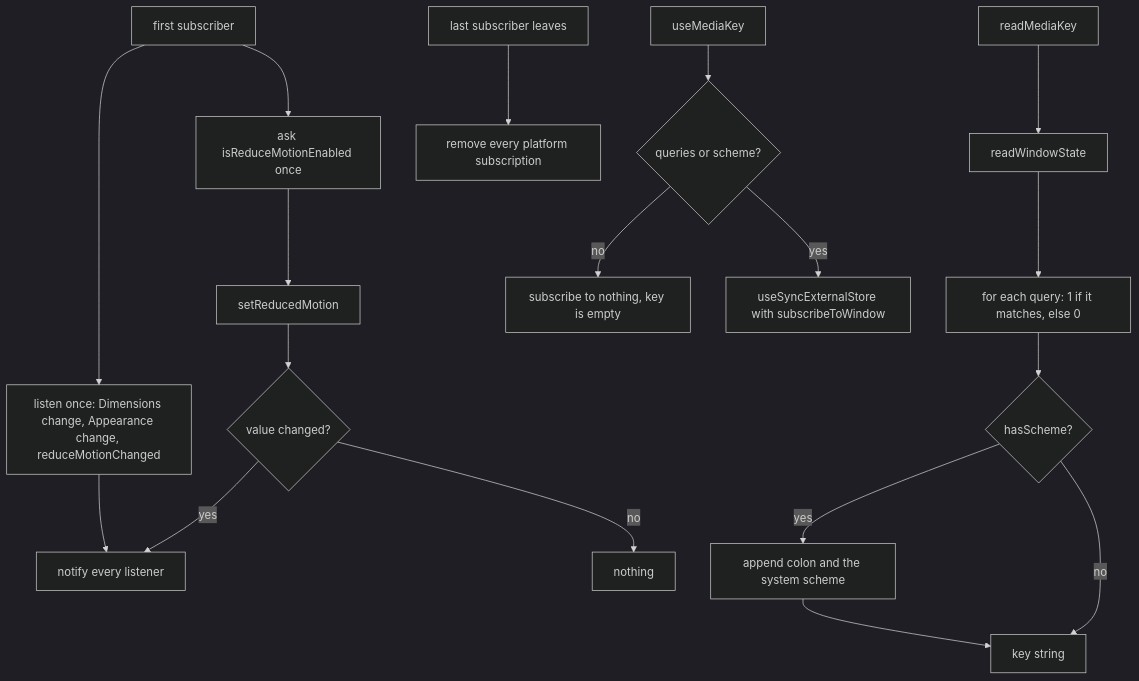
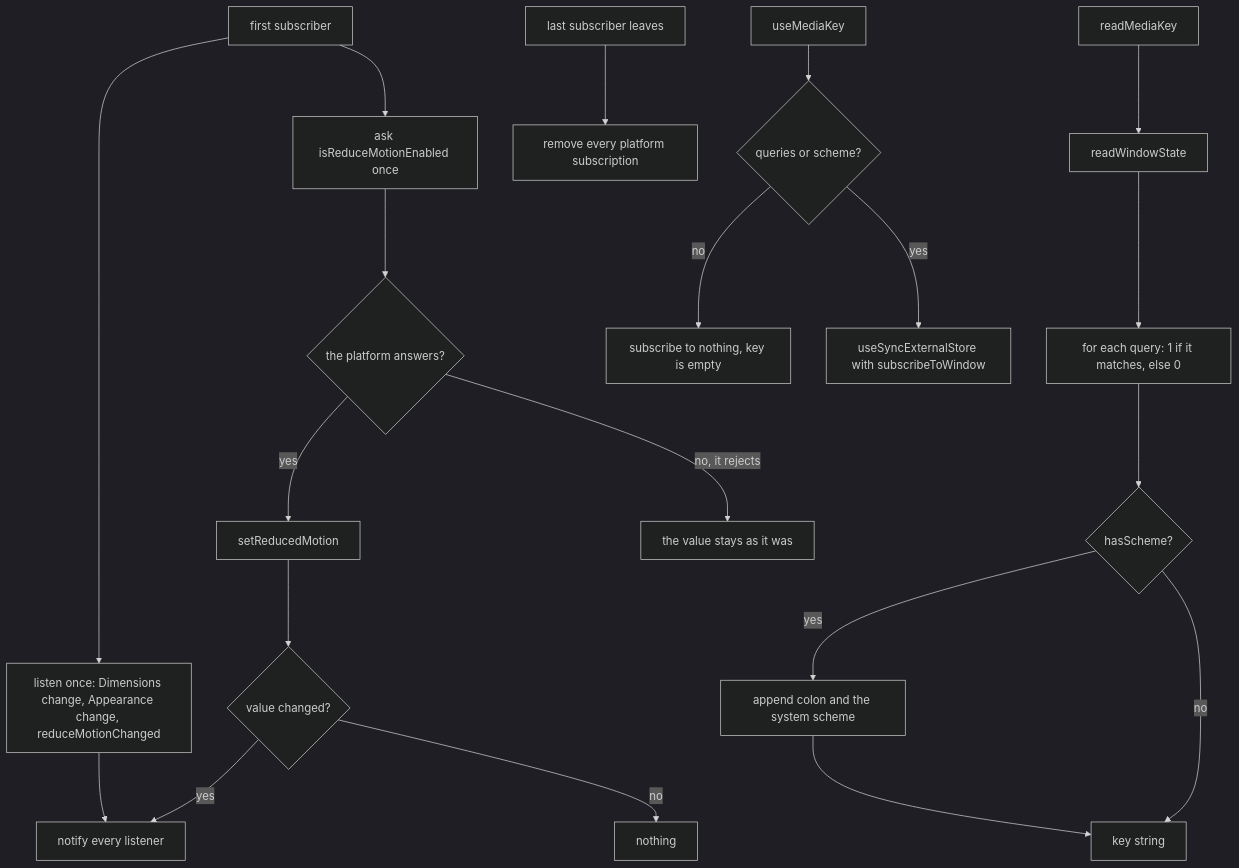
Before and after one commit to soroush-tech/umber-style: the diagram in packages/react-native/src/windowState.md, drawn with Mermaid (dark theme). The commit also changed other lines of this file and 127 other files, not shown here.

````diff
--- a/packages/react-native/src/windowState.md
+++ b/packages/react-native/src/windowState.md
@@ -19,20 +19,22 @@
 ```mermaid
 flowchart TD
   sub["first subscriber"] --> listen["listen once: Dimensions change, Appearance change, reduceMotionChanged"]
   sub --> ask["ask isReduceMotionEnabled once"]
-  ask --> setrm["setReducedMotion"]
+  ask --> answered{"the platform answers?"}
+  answered -->|"yes"| setrm["setReducedMotion"]
+  answered -->|"no, it rejects"| keep["the value stays as it was"]
   listen --> notify["notify every listener"]
   setrm --> diff{"value changed?"}
   diff -->|"yes"| notify
   diff -->|"no"| stop["nothing"]
   last["last subscriber leaves"] --> rm["remove every platform subscription"]
   key["readMediaKey"] --> st["readWindowState"]
   st --> loop["for each query: 1 if it matches, else 0"]
   loop --> sch{"hasScheme?"}
   sch -->|"yes"| add["append colon and the system scheme"]
   sch -->|"no"| out["key string"]
   add --> out
   hook["useMediaKey"] --> need{"queries or scheme?"}
   need -->|"no"| none["subscribe to nothing, key is empty"]
   need -->|"yes"| uses["useSyncExternalStore with subscribeToWindow"]
 ```
````
